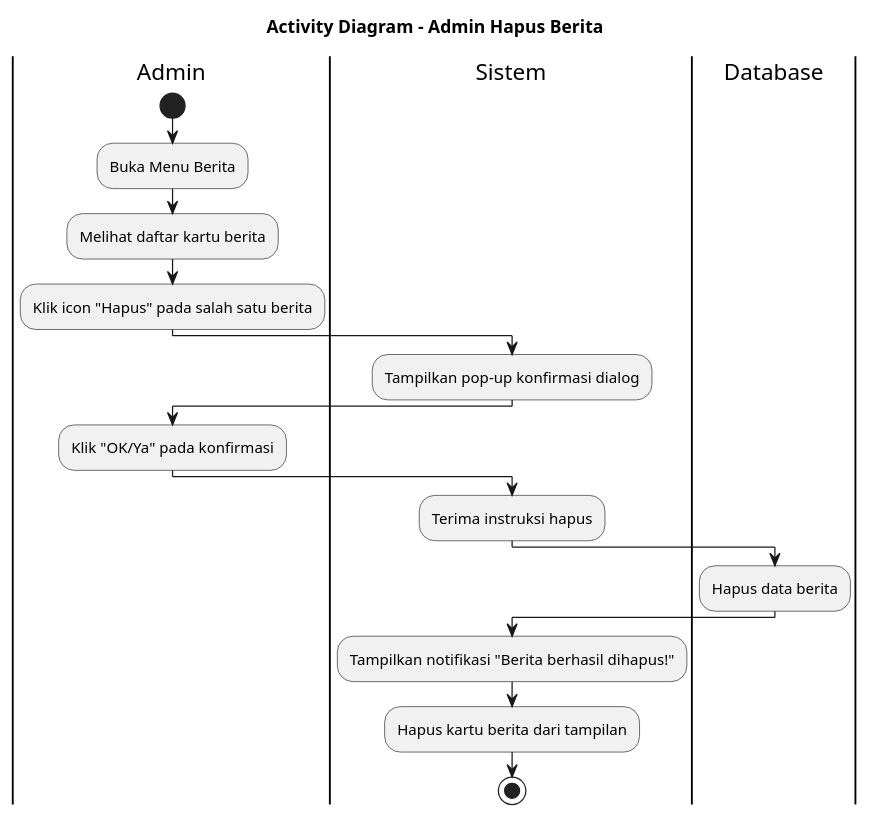
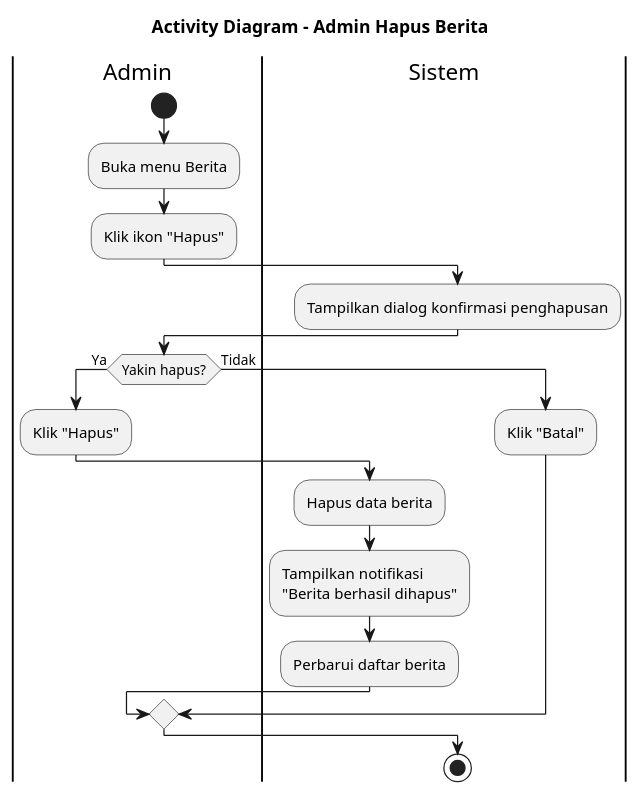
One commit to jaddu17/capstonepmikp changed the diagram in diagram/activitydiagram_admin_hapus_berita.puml. Above: the diagram before and after it, drawn with PlantUML. The commit also changed 23 other files, not shown here.

Commit message:
revisi diagram

```diff
--- a/diagram/activitydiagram_admin_hapus_berita.puml
+++ b/diagram/activitydiagram_admin_hapus_berita.puml
@@ -1,28 +1,27 @@
 @startuml ACTIVITY_DIAGRAM_ADMIN_HAPUS_BERITA
 title Activity Diagram - Admin Hapus Berita
 
 |Admin|
 start
-:Buka Menu Berita;
-:Melihat daftar kartu berita;
-:Klik icon "Hapus" pada salah satu berita;
+:Buka menu Berita;
+:Klik ikon "Hapus";
 
 |Sistem|
-:Tampilkan pop-up konfirmasi dialog;
+:Tampilkan dialog konfirmasi penghapusan;
 
 |Admin|
-:Klik "OK/Ya" pada konfirmasi;
+if (Yakin hapus?) then (Ya)
+    :Klik "Hapus";
 
-|Sistem|
-:Terima instruksi hapus;
+    |Sistem|
+    :Hapus data berita;
+    :Tampilkan notifikasi
+    "Berita berhasil dihapus";
+    :Perbarui daftar berita;
 
-|Database|
-:Hapus data berita;
-
-|Sistem|
-:Tampilkan notifikasi "Berita berhasil dihapus!";
-:Hapus kartu berita dari tampilan;
+else (Tidak)
+    :Klik "Batal";
+endif
 
 stop
-
 @enduml
```
